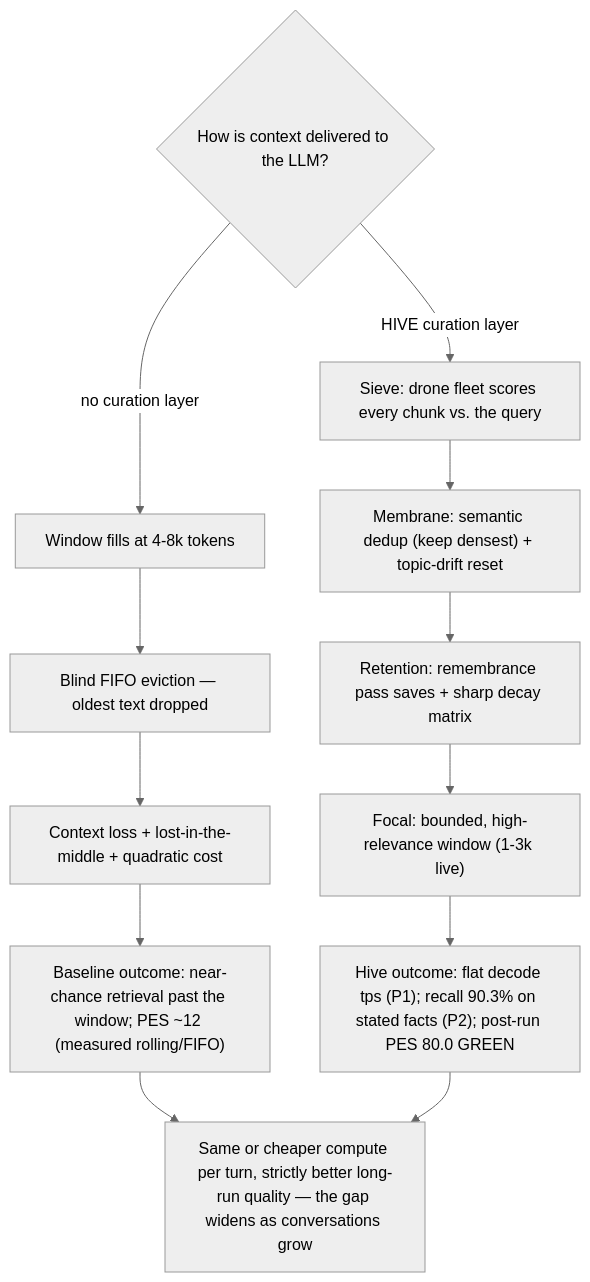
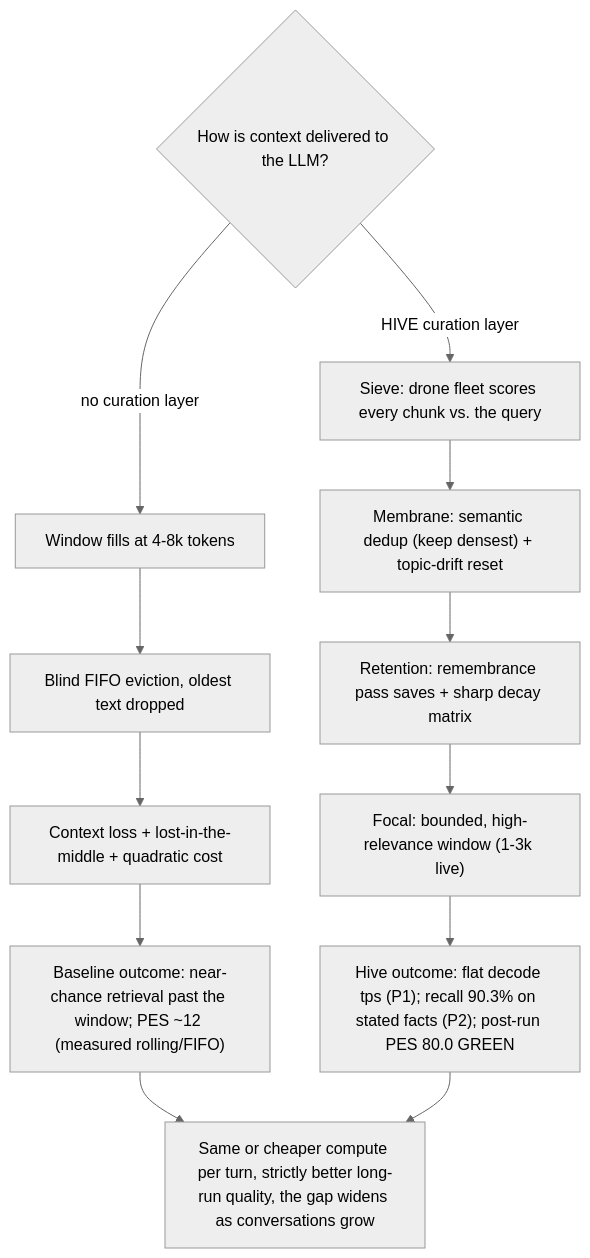
The third of 6 diagrams in HIVE-WHITE-PAPER.md (sky-is-green/hive-memory), drawn with Mermaid (neutral theme) before and after one commit. The commit also changed other lines of this file and 3 other files, not shown here.

````diff
--- a/HIVE-WHITE-PAPER.md
+++ b/HIVE-WHITE-PAPER.md
@@ -83,15 +83,15 @@
 ```mermaid
 flowchart TB
     SPLIT{"How is context delivered to the LLM?"}
     SPLIT -->|"no curation layer"| N1["Window fills at 4-8k tokens"]
     SPLIT -->|"HIVE curation layer"| H1["Sieve: drone fleet scores every chunk vs. the query"]
-    N1 --> N2["Blind FIFO eviction — oldest text dropped"]
+    N1 --> N2["Blind FIFO eviction, oldest text dropped"]
     H1 --> H2["Membrane: semantic dedup (keep densest) + topic-drift reset"]
     N2 --> N3["Context loss + lost-in-the-middle + quadratic cost"]
     H2 --> H3["Retention: remembrance pass saves + sharp decay matrix"]
     N3 --> R1["Baseline outcome: near-chance retrieval past the window; PES ~12 (measured rolling/FIFO)"]
     H3 --> H4["Focal: bounded, high-relevance window (1-3k live)"]
     H4 --> R2["Hive outcome: flat decode tps (P1); recall 90.3% on stated facts (P2); post-run PES 80.0 GREEN"]
-    R1 --> TAKE["Same or cheaper compute per turn, strictly better long-run quality — the gap widens as conversations grow"]
+    R1 --> TAKE["Same or cheaper compute per turn, strictly better long-run quality, the gap widens as conversations grow"]
     R2 --> TAKE
 ```
````
